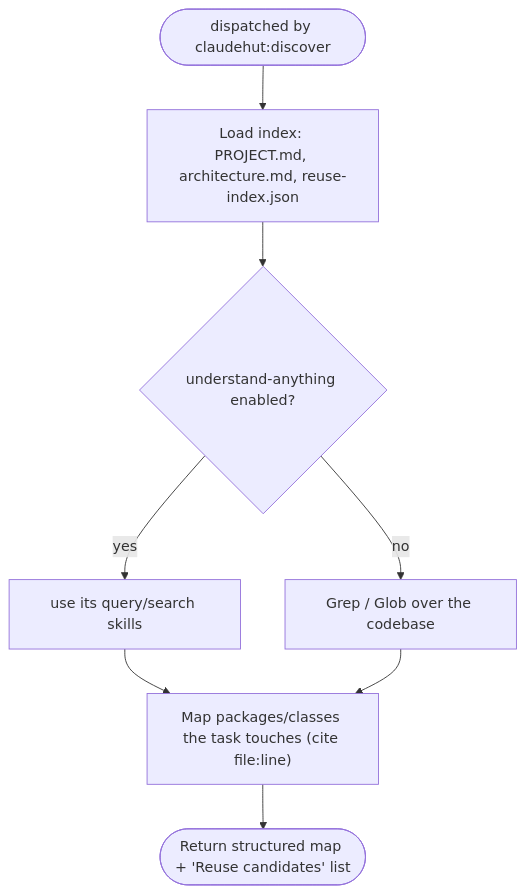
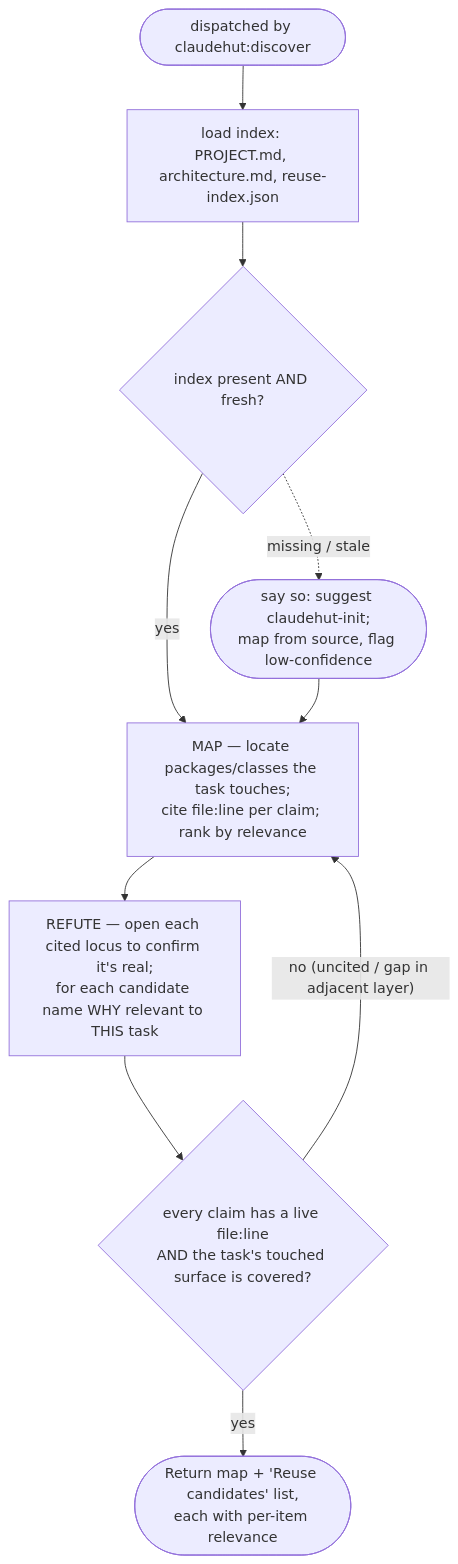
Before and after one commit to taipt1504/claudehut: the diagram in agents/claudehut-explorer.md, drawn with Mermaid. The commit also changed other lines of this file and 22 other files, not shown here.

First line of the commit message:
feat(v0.8): skill+agent prompts — gates wired, ultra-flow diagrams, concision

````diff
--- a/agents/claudehut-explorer.md
+++ b/agents/claudehut-explorer.md
@@ -19,9 +19,12 @@
 ```mermaid
 flowchart TB
-    a([dispatched by claudehut:discover]) --> idx["Load index: PROJECT.md, architecture.md, reuse-index.json"]
-    idx --> tool{"understand-anything enabled?"}
-    tool -- yes --> ua["use its query/search skills"]
-    tool -- no --> grep["Grep / Glob over the codebase"]
-    ua & grep --> map["Map packages/classes the task touches (cite file:line)"]
-    map --> out([Return structured map + 'Reuse candidates' list])
+    a([dispatched by claudehut:discover]) --> idx["load index: PROJECT.md, architecture.md, reuse-index.json"]
+    idx --> stale{"index present AND fresh?"}
+    stale -. "missing / stale" .-> esc([say so: suggest claudehut-init;<br/>map from source, flag low-confidence])
+    stale -- "yes" --> map["MAP — locate packages/classes the task touches;<br/>cite file:line per claim; rank by relevance"]
+    esc --> map
+    map --> crit["REFUTE — open each cited locus to confirm it's real;<br/>for each candidate name WHY relevant to THIS task"]
+    crit --> conv{"every claim has a live file:line<br/>AND the task's touched surface is covered?"}
+    conv -- "no (uncited / gap in adjacent layer)" --> map
+    conv -- "yes" --> out([Return map + 'Reuse candidates' list,<br/>each with per-item relevance])
 ```
````
